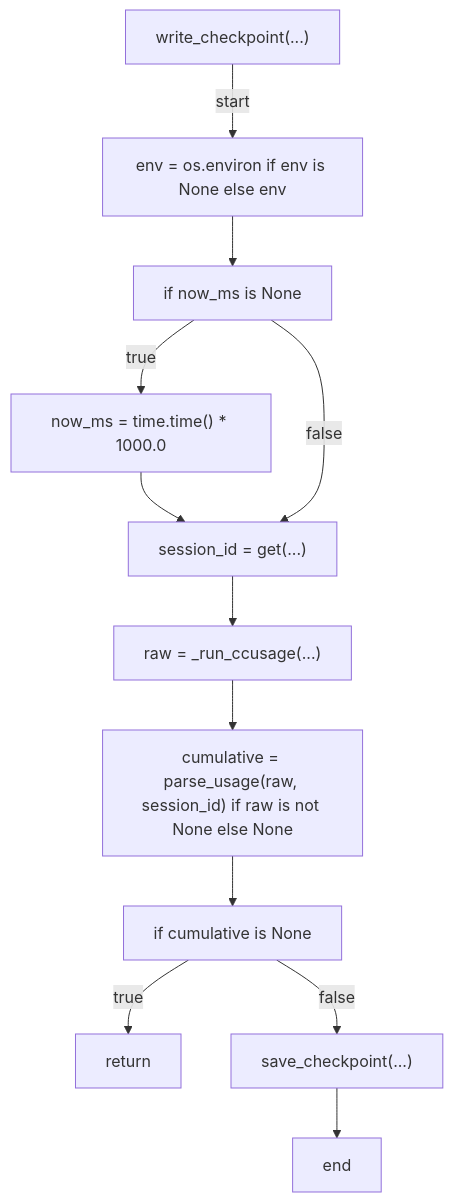
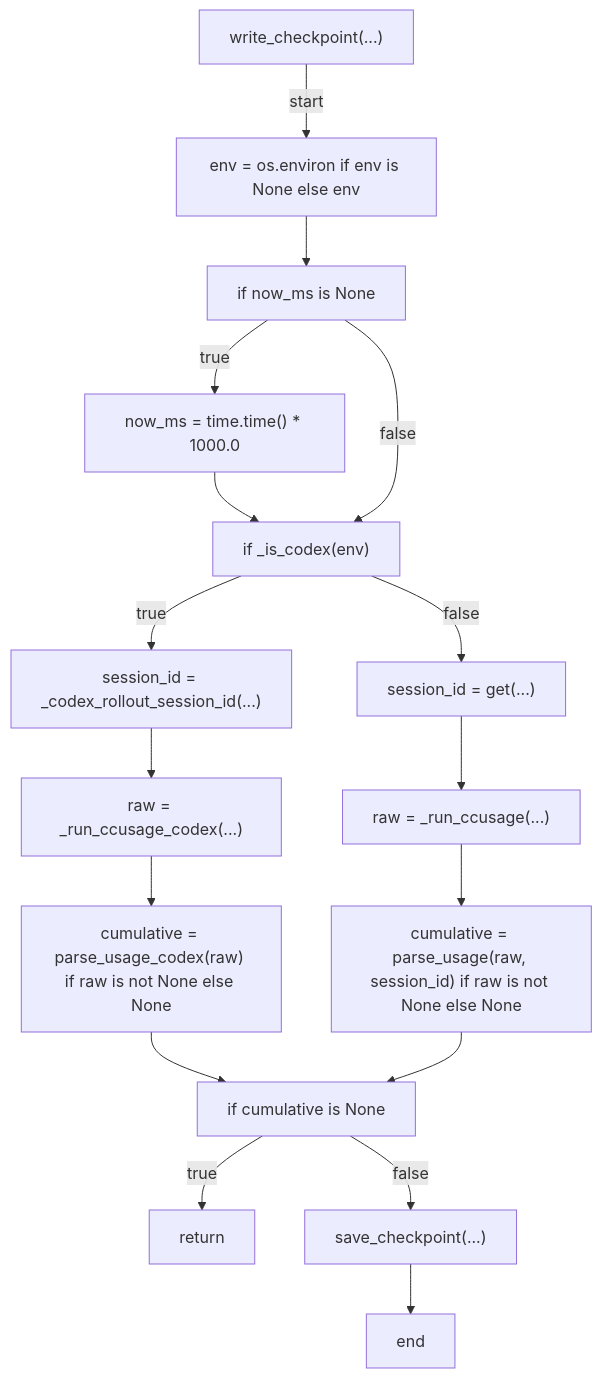
Before and after one commit to tvna/claude-md: diagram 18 of 19 in docs/generated/scripts/ast/session_resource_report.md, drawn with Mermaid. The commit also changed other lines of this file, not shown here.

First line of the commit message:
docs(generated): regenerate decision tree and workflow diagrams

````diff
--- a/docs/generated/scripts/ast/session_resource_report.md
+++ b/docs/generated/scripts/ast/session_resource_report.md
@@ -358,25 +492,34 @@
 ```mermaid
 flowchart TD
     N001["write_checkpoint(...)"]
     N002["env = os.environ if env is None else env"]
     N003["if now_ms is None"]
     N004["now_ms = time.time() * 1000.0"]
-    N005["session_id = get(...)"]
-    N006["raw = _run_ccusage(...)"]
-    N007["cumulative = parse_usage(raw, session_id) if raw is not None else None"]
-    N008["if cumulative is None"]
-    N009["return"]
-    N010["save_checkpoint(...)"]
-    N011["end"]
+    N005["if _is_codex(env)"]
+    N006["session_id = _codex_rollout_session_id(...)"]
+    N007["raw = _run_ccusage_codex(...)"]
+    N008["cumulative = parse_usage_codex(raw) if raw is not None else None"]
+    N009["session_id = get(...)"]
+    N010["raw = _run_ccusage(...)"]
+    N011["cumulative = parse_usage(raw, session_id) if raw is not None else None"]
+    N012["if cumulative is None"]
+    N013["return"]
+    N014["save_checkpoint(...)"]
+    N015["end"]
     N001 -->|"start"| N002
     N002 --> N003
     N003 -->|"true"| N004
     N004 --> N005
     N003 -->|"false"| N005
-    N005 --> N006
+    N005 -->|"true"| N006
     N006 --> N007
     N007 --> N008
-    N008 -->|"true"| N009
-    N008 -->|"false"| N010
+    N005 -->|"false"| N009
+    N009 --> N010
     N010 --> N011
+    N008 --> N012
+    N011 --> N012
+    N012 -->|"true"| N013
+    N012 -->|"false"| N014
+    N014 --> N015
 ```
````
